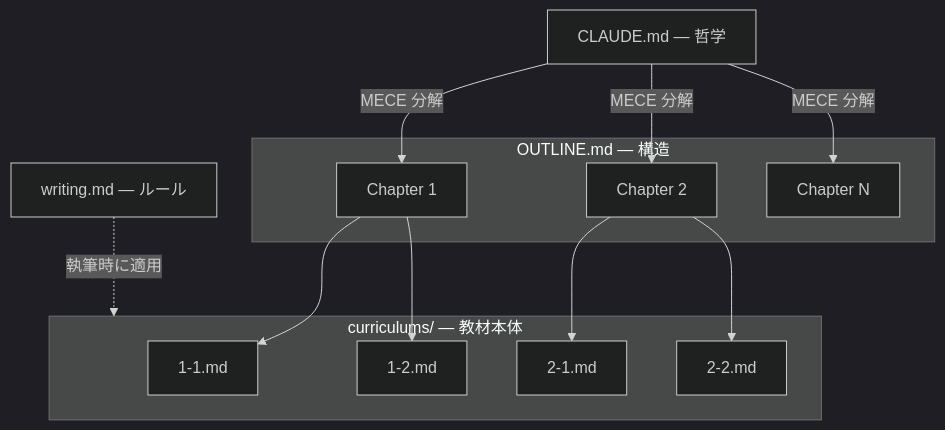
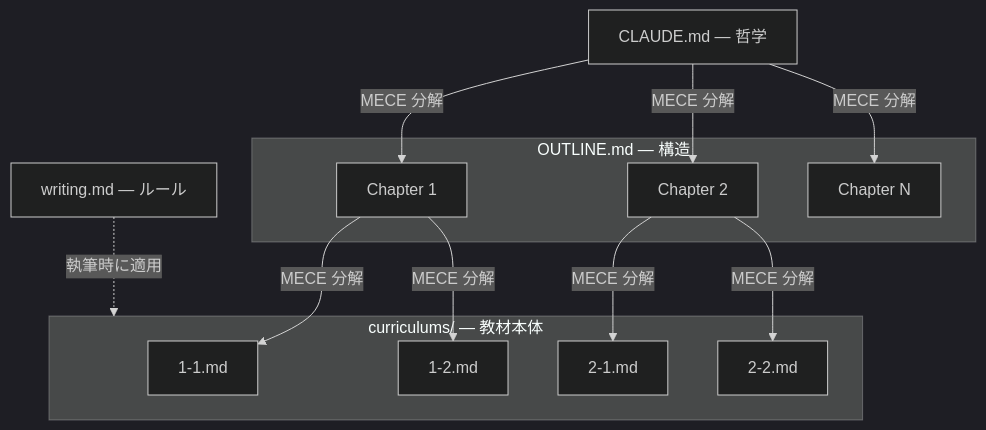
One commit to yotaro0616/curriculum-writer changed the first of 4 diagrams in README.md. Above: the diagram before and after it, drawn with Mermaid (dark theme).

Commit message:
OUTLINE→curriculums の分解にも MECE 分解ラベルを追加

````diff
--- a/README.md
+++ b/README.md
@@ -29,23 +29,23 @@
 ```mermaid
 flowchart TD
     A["CLAUDE.md — 哲学"]
 
     subgraph outline["OUTLINE.md — 構造"]
         B1["Chapter 1"]
         B2["Chapter 2"]
         B3["Chapter N"]
     end
 
     subgraph curr["curriculums/ — 教材本体"]
         C1["1-1.md"]
         C2["1-2.md"]
         C3["2-1.md"]
         C4["2-2.md"]
     end
 
     A -->|MECE 分解| B1 & B2 & B3
-    B1 --> C1 & C2
-    B2 --> C3 & C4
+    B1 -->|MECE 分解| C1 & C2
+    B2 -->|MECE 分解| C3 & C4
 
     W["writing.md — ルール"] -.->|執筆時に適用| curr
 ```
````
